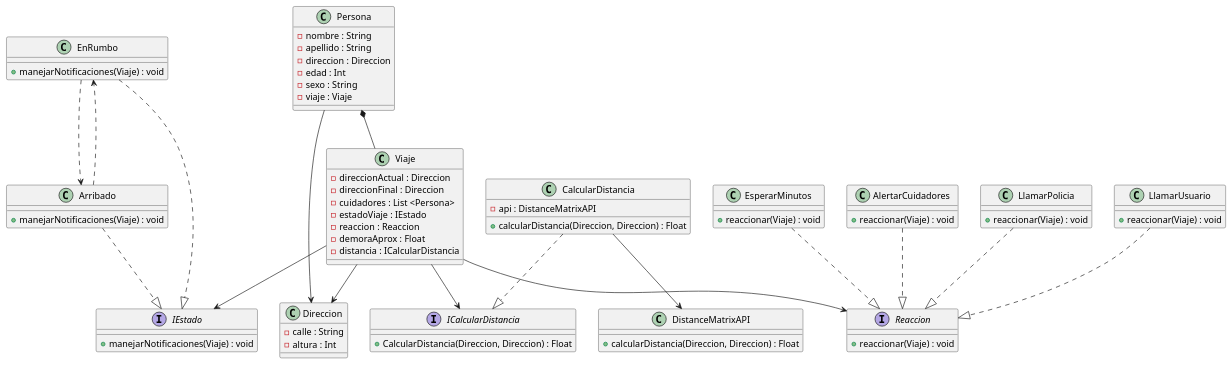
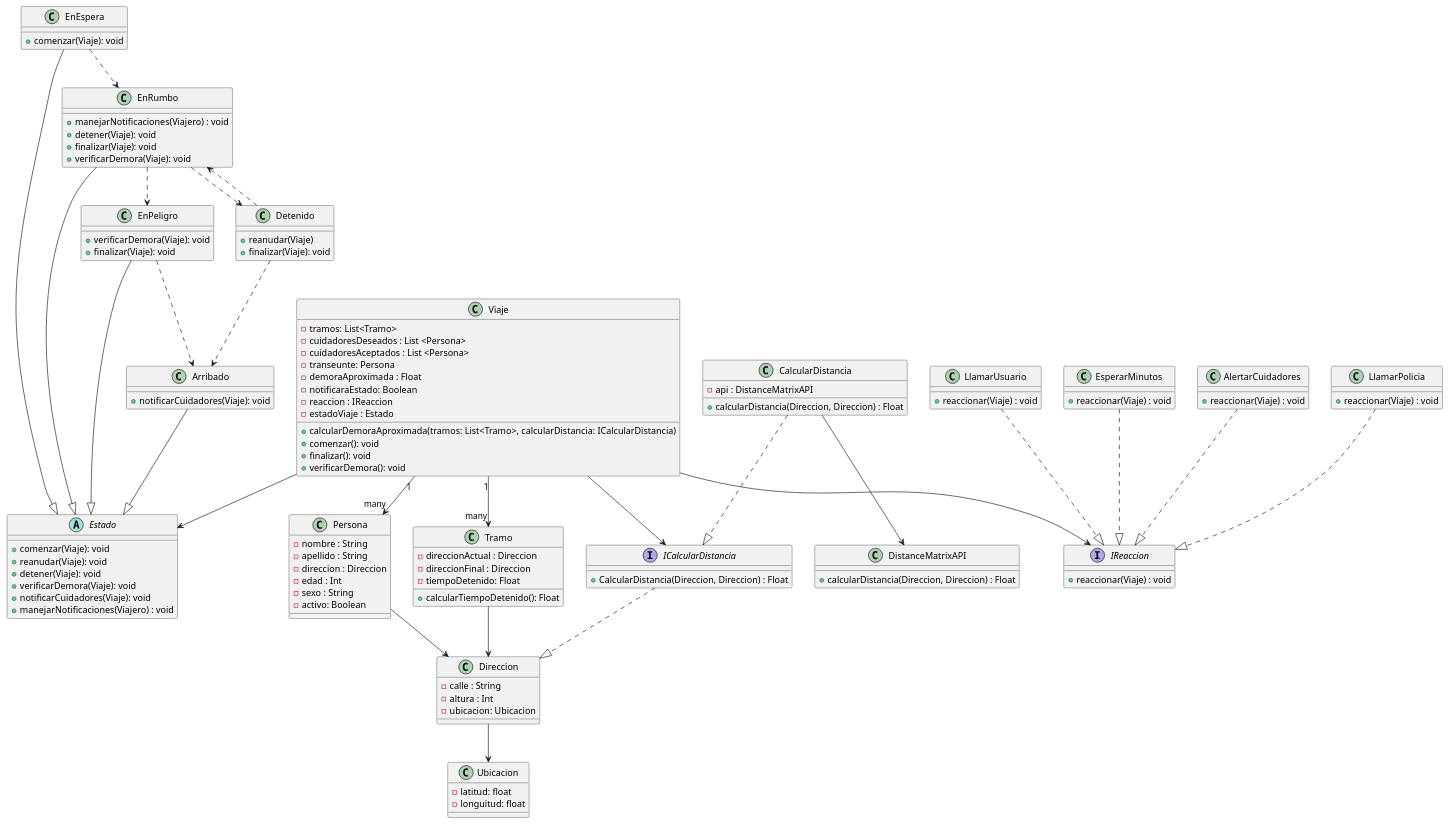
One commit to tomaspedrazas/CuidandonosDDS2024 changed the diagram in docs/diagrama.plantuml. Above: the diagram before and after it, drawn with PlantUML. The commit also changed 1 other file, not shown here.

Commit message:
Muchas modificaciones en el diagrama y empiezo a armar las justificaciones

```diff
--- a/docs/diagrama.plantuml
+++ b/docs/diagrama.plantuml
@@ -1,93 +1,147 @@
 @startuml Diagrama Cuidandonos
 
 class Persona{
     -nombre : String
     -apellido : String
     -direccion : Direccion
     -edad : Int
     -sexo : String
-    -viaje : Viaje
+    -activo: Boolean
 }
 
-class Viaje{
+class Tramo {
     -direccionActual : Direccion
     -direccionFinal : Direccion
-    -cuidadores : List <Persona>
-    -estadoViaje : IEstado
-    -reaccion : Reaccion
-    -demoraAprox : Float
-    -distancia : ICalcularDistancia
+    -tiempoDetenido: Float
+
+    +calcularTiempoDetenido(): Float
 }
 
-class Direccion{
+class Viaje {
+    -tramos: List<Tramo>
+    -cuidadoresDeseados : List <Persona>
+    -cuidadoresAceptados : List <Persona>
+    -transeunte: Persona
+    -demoraAproximada : Float
+    -notificaraEstado: Boolean
+    -reaccion : IReaccion
+    -estadoViaje : Estado
+
+    +calcularDemoraAproximada(tramos: List<Tramo>, calcularDistancia: ICalcularDistancia)
+    +comenzar(): void
+    +finalizar(): void
+    +verificarDemora(): void
+}
+
+class Direccion {
     -calle : String
     -altura : Int
+    -ubicacion: Ubicacion
 }
 
-interface IEstado{
-    +manejarNotificaciones(Viaje) : void
+class Ubicacion {
+    -latitud: float
+    -longuitud: float
 }
 
-class EnRumbo{
-    +manejarNotificaciones(Viaje) : void
+abstract class Estado{
+    +comenzar(Viaje): void
+    +reanudar(Viaje): void
+    +detener(Viaje): void
+    +verificarDemora(Viaje): void
+    +notificarCuidadores(Viaje): void
+    +manejarNotificaciones(Viajero) : void
+}
+
+class EnEspera {
+    +comenzar(Viaje): void
+}
+
+class EnRumbo {
+    +manejarNotificaciones(Viajero) : void
+    +detener(Viaje): void
+    +finalizar(Viaje): void
+    +verificarDemora(Viaje): void
+}
+
+class EnPeligro {
+    +verificarDemora(Viaje): void
+    +finalizar(Viaje): void
+}
+
+class Detenido {
+    +reanudar(Viaje)
+    +finalizar(Viaje): void
 }
 
 class Arribado{
-    +manejarNotificaciones(Viaje) : void
+    +notificarCuidadores(Viaje): void
 }
 
-interface Reaccion{
+interface IReaccion{
     +reaccionar(Viaje) : void
 }
 
 class AlertarCuidadores{
     +reaccionar(Viaje) : void
 }
 
 class LlamarPolicia{
     +reaccionar(Viaje) : void
 }
 
 class LlamarUsuario{
     +reaccionar(Viaje) : void
 }
 
 class EsperarMinutos{
     +reaccionar(Viaje) : void
 }
 
 interface ICalcularDistancia{
     +CalcularDistancia(Direccion, Direccion) : Float
 }
+
 class CalcularDistancia{
     -api : DistanceMatrixAPI
     +calcularDistancia(Direccion, Direccion) : Float
 }
+
 class DistanceMatrixAPI{
     +calcularDistancia(Direccion, Direccion) : Float
 }
 
 
-
-Persona *-- Viaje
+Viaje "1" --> "many" Persona
+Viaje "1" --> "many" Tramo
 
 Persona --> Direccion
-Viaje --> Direccion
+Tramo --> Direccion
 
-Viaje --> IEstado
-EnRumbo ..|> IEstado
-Arribado ..|> IEstado
-EnRumbo ..> Arribado
-Arribado ..> EnRumbo
+Direccion --> Ubicacion
 
-Viaje --> Reaccion
-AlertarCuidadores ..|>Reaccion
-LlamarPolicia ..|> Reaccion
-LlamarUsuario ..|> Reaccion
-EsperarMinutos ..|> Reaccion
+
+Viaje --> Estado
+EnRumbo --|> Estado
+Arribado --|> Estado
+EnEspera --|> Estado
+EnPeligro --|> Estado
+EnRumbo ..> Detenido
+EnRumbo ..> EnPeligro
+Detenido ..> EnRumbo
+EnEspera ..> EnRumbo
+Detenido ..> Arribado
+EnPeligro ..> Arribado
+
+Viaje --> IReaccion
+AlertarCuidadores ..|> IReaccion
+LlamarPolicia ..|> IReaccion
+LlamarUsuario ..|> IReaccion
+EsperarMinutos ..|> IReaccion
 
 Viaje --> ICalcularDistancia
 CalcularDistancia ..|> ICalcularDistancia
 CalcularDistancia --> DistanceMatrixAPI
 
+ICalcularDistancia ..|> Direccion
 @enduml
```
